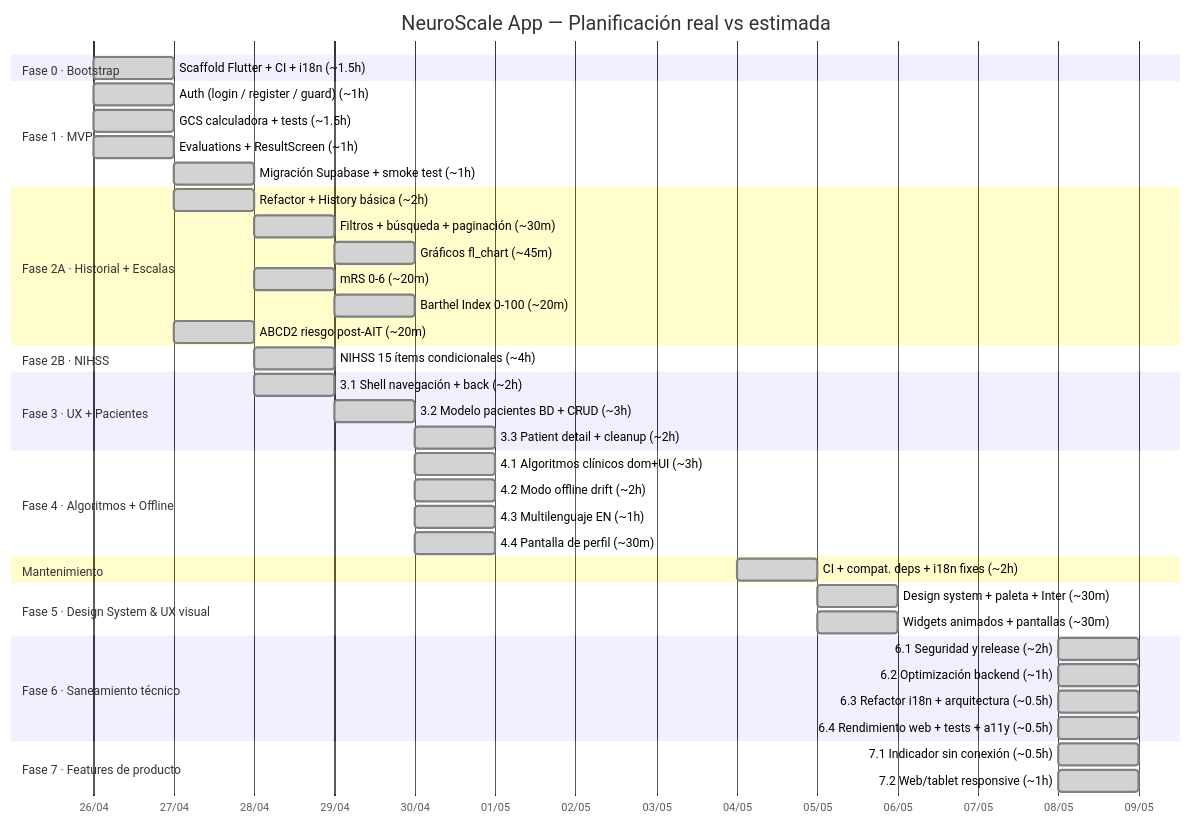
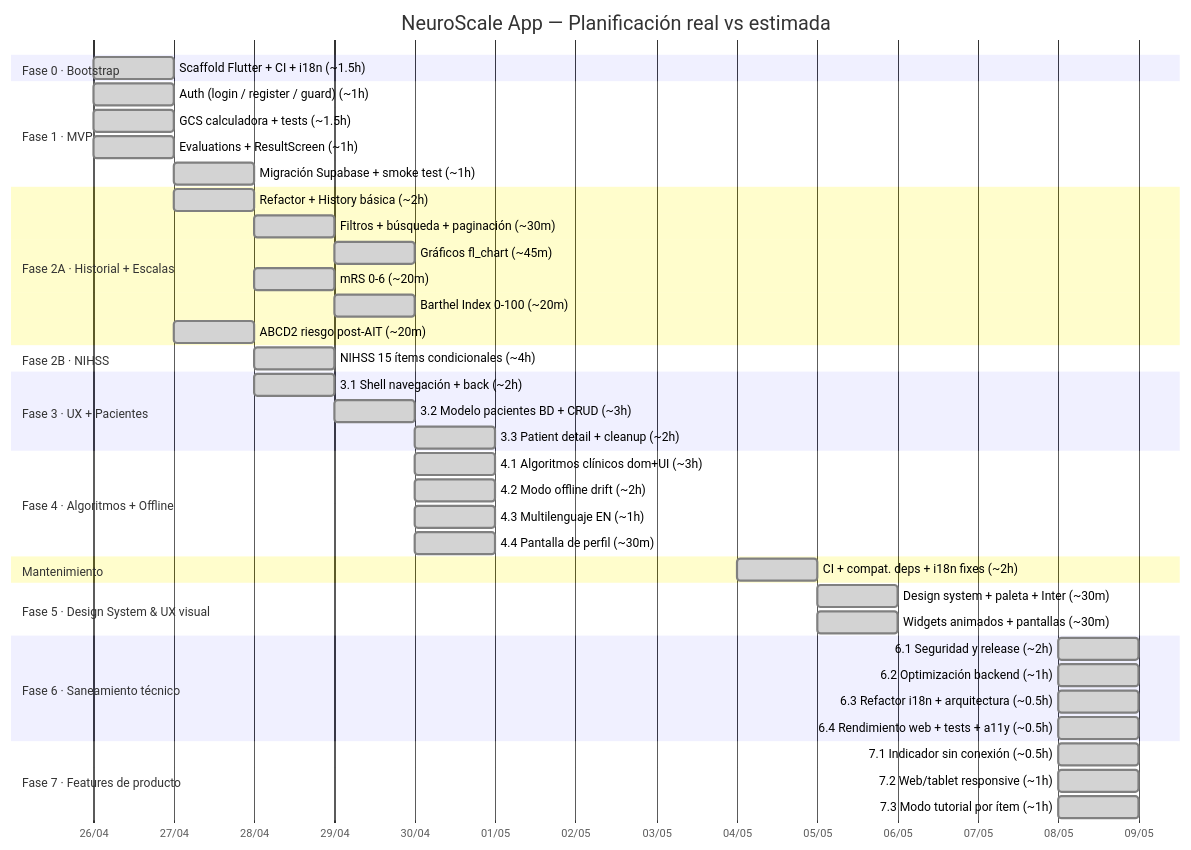
The diagram in README.md (grisllo/NeuroScaleApp), drawn with Mermaid before and after one commit. The commit also changed other lines of this file and 2 other files, not shown here.

````diff
--- a/README.md
+++ b/README.md
@@ -13,54 +13,55 @@
 ```mermaid
 gantt
     title NeuroScale App — Planificación real vs estimada
     dateFormat  YYYY-MM-DD
     axisFormat  %d/%m
 
     section Fase 0 · Bootstrap
     Scaffold Flutter + CI + i18n (~1.5h)      :done, f0,   2026-04-26, 1d
 
     section Fase 1 · MVP
     Auth (login / register / guard) (~1h)     :done, f1a,  2026-04-26, 1d
     GCS calculadora + tests (~1.5h)           :done, f1b,  2026-04-26, 1d
     Evaluations + ResultScreen (~1h)          :done, f1c,  2026-04-26, 1d
     Migración Supabase + smoke test (~1h)     :done, f1d,  2026-04-27, 1d
 
     section Fase 2A · Historial + Escalas
     Refactor + History básica (~2h)           :done, f2a1, 2026-04-27, 1d
     Filtros + búsqueda + paginación (~30m)    :done, f2a2, after f2a1, 1d
     Gráficos fl_chart (~45m)                  :done, f2a3, after f2a2, 1d
     mRS 0-6 (~20m)                            :done, f2a4, after f2a1, 1d
     Barthel Index 0-100 (~20m)                :done, f2a5, after f2a4, 1d
     ABCD2 riesgo post-AIT (~20m)              :done, f2a6, 2026-04-27, 1d
 
     section Fase 2B · NIHSS
     NIHSS 15 ítems condicionales (~4h)        :done, f2b,  2026-04-28, 1d
 
     section Fase 3 · UX + Pacientes
     3.1 Shell navegación + back (~2h)         :done, f3a,  2026-04-28, 1d
     3.2 Modelo pacientes BD + CRUD (~3h)      :done, f3b,  2026-04-29, 1d
     3.3 Patient detail + cleanup (~2h)        :done, f3c,  2026-04-30, 1d
 
     section Fase 4 · Algoritmos + Offline
     4.1 Algoritmos clínicos dom+UI (~3h)      :done, f4a,  2026-04-30, 1d
     4.2 Modo offline drift (~2h)              :done, f4b,  2026-04-30, 1d
     4.3 Multilenguaje EN (~1h)                :done, f4c,  2026-04-30, 1d
     4.4 Pantalla de perfil (~30m)             :done, f4d,  2026-04-30, 1d
 
     section Mantenimiento
     CI + compat. deps + i18n fixes (~2h)      :done, mnt,  2026-05-04, 1d
 
     section Fase 5 · Design System & UX visual
     Design system + paleta + Inter (~30m)     :done, f5a,  2026-05-05, 1d
     Widgets animados + pantallas (~30m)       :done, f5b,  2026-05-05, 1d
 
     section Fase 6 · Saneamiento técnico
     6.1 Seguridad y release (~2h)             :done, f6a,  2026-05-08, 1d
     6.2 Optimización backend (~1h)            :done, f6b,  2026-05-08, 1d
     6.3 Refactor i18n + arquitectura (~0.5h)  :done, f6c,  2026-05-08, 1d
     6.4 Rendimiento web + tests + a11y (~0.5h):done, f6d,  2026-05-08, 1d
 
     section Fase 7 · Features de producto
     7.1 Indicador sin conexión (~0.5h)        :done, f7a,  2026-05-08, 1d
     7.2 Web/tablet responsive (~1h)           :done, f7b,  2026-05-08, 1d
+    7.3 Modo tutorial por ítem (~1h)          :done, f7c,  2026-05-08, 1d
 ```
````
